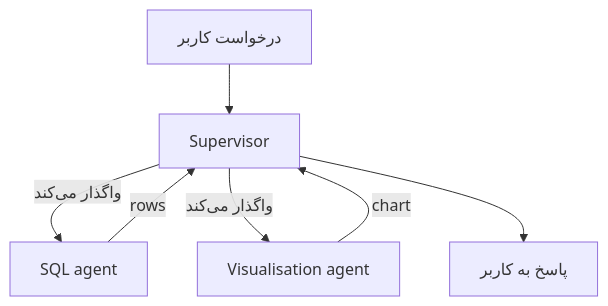
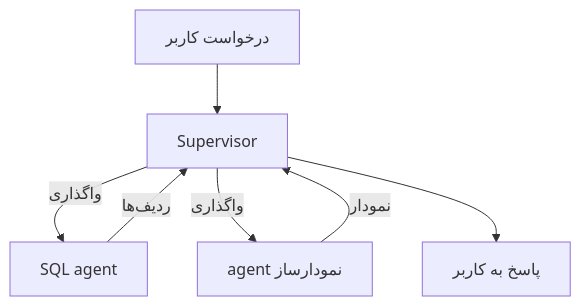
One commit to lokumai/ai-engineering-bazaar changed the first of 2 diagrams in mini-courses/1_fundamentals/multi_agent_fa.md. Above: the diagram before and after it, drawn with Mermaid. The commit also changed other lines of this file and 63 other files, not shown here.

````diff
--- a/mini-courses/1_fundamentals/multi_agent_fa.md
+++ b/mini-courses/1_fundamentals/multi_agent_fa.md
@@ -36,9 +34,9 @@
 ```mermaid
 graph TD
     A["درخواست کاربر"] --> B["Supervisor"]
-    B -->|واگذار می‌کند| C["SQL agent"]
-    C -->|rows| B
-    B -->|واگذار می‌کند| D["Visualisation agent"]
-    D -->|chart| B
+    B -->|واگذاری| C["SQL agent"]
+    C -->|ردیف‌ها| B
+    B -->|واگذاری| D["agent نمودارساز"]
+    D -->|نمودار| B
     B --> E["پاسخ به کاربر"]
 ```
````
